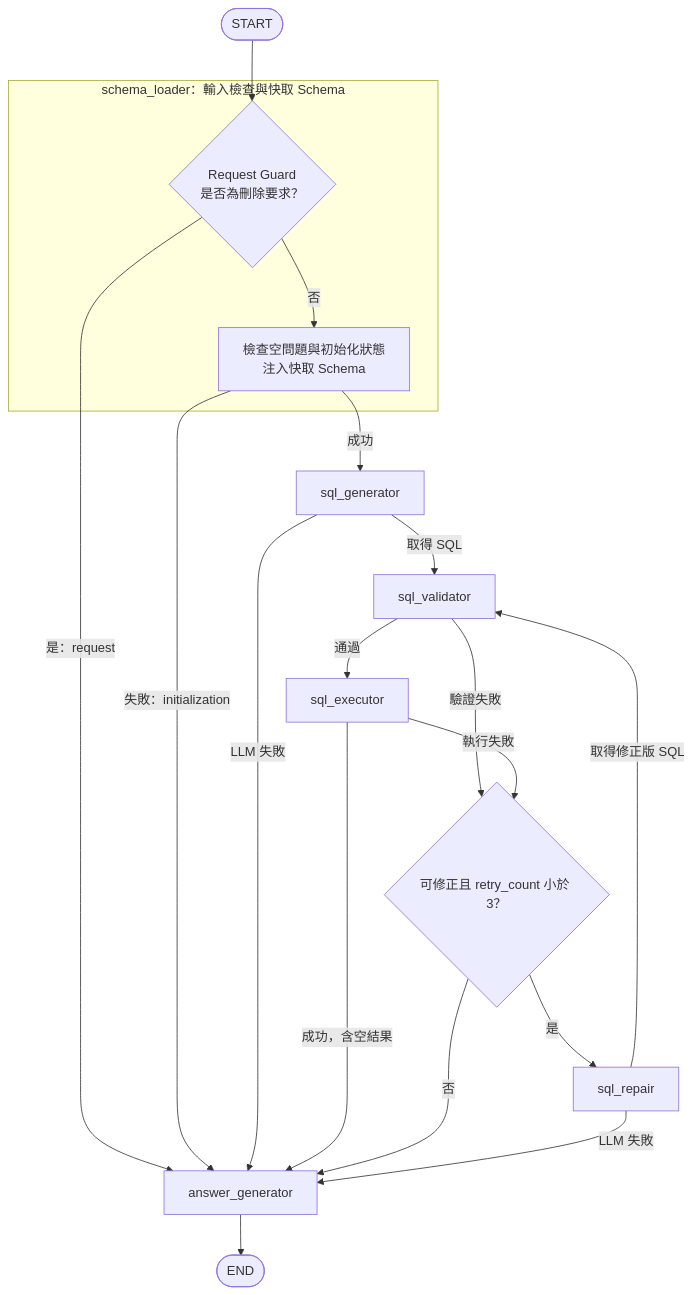
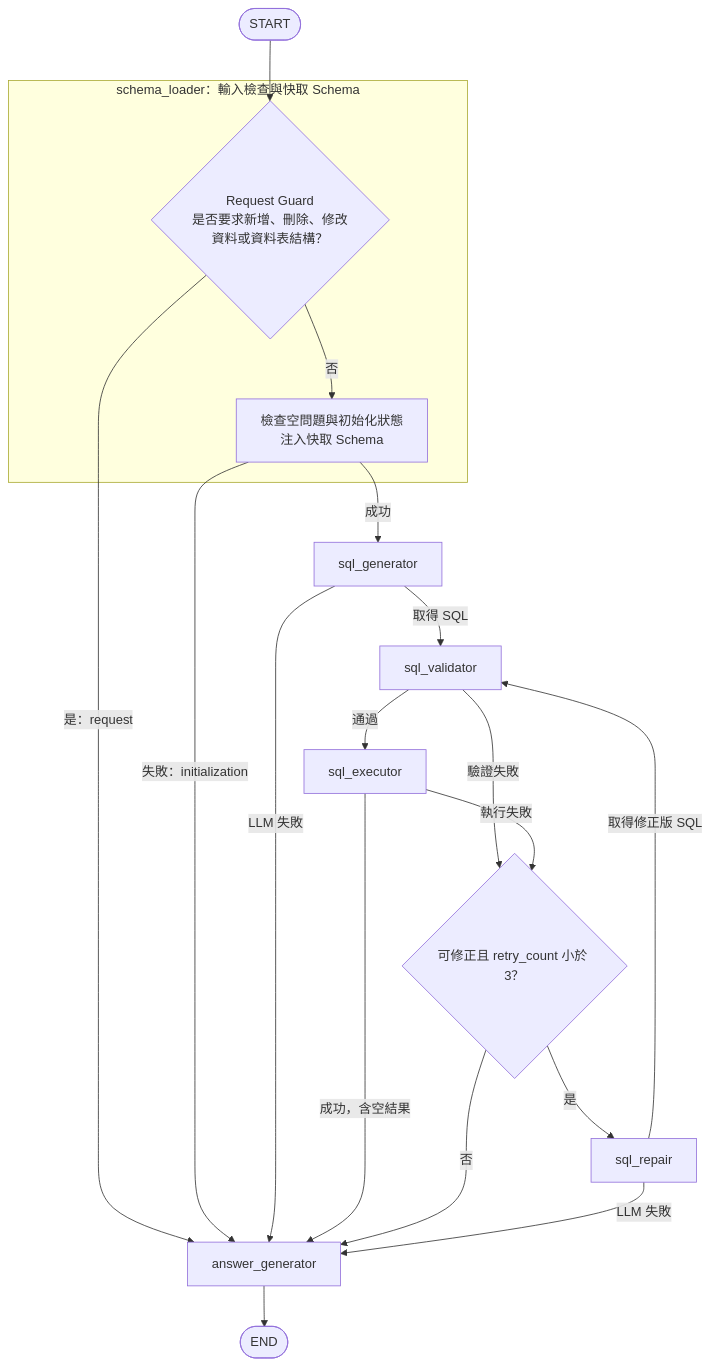
Before and after one commit to jonwang5150/Text_To_SQL_Agent: the diagram in text2sql/README.md, drawn with Mermaid. The commit also changed other lines of this file and 3 other files, not shown here.

Commit message:
revise request_guard

````diff
--- a/text2sql/README.md
+++ b/text2sql/README.md
@@ -283,23 +283,23 @@
 ```mermaid
 flowchart TD
     start([START]) --> guard
     subgraph schema_loader["schema_loader：輸入檢查與快取 Schema"]
-        guard{"Request Guard<br/>是否為刪除要求？"}
+        guard{"Request Guard<br/>是否要求新增、刪除、修改<br/>資料或資料表結構？"}
         schema_check["檢查空問題與初始化狀態<br/>注入快取 Schema"]
         guard -->|否| schema_check
     end
     guard -->|是：request| answer_generator
     schema_check -->|成功| sql_generator
     schema_check -->|失敗：initialization| answer_generator
     sql_generator -->|取得 SQL| sql_validator
     sql_generator -->|LLM 失敗| answer_generator
     sql_validator -->|通過| sql_executor
     sql_validator -->|驗證失敗| repair_check{"可修正且 retry_count 小於 3？"}
     sql_executor -->|成功，含空結果| answer_generator
     sql_executor -->|執行失敗| repair_check
     repair_check -->|是| sql_repair
     repair_check -->|否| answer_generator
     sql_repair -->|取得修正版 SQL| sql_validator
     sql_repair -->|LLM 失敗| answer_generator
     answer_generator --> finish([END])
 ```
````
